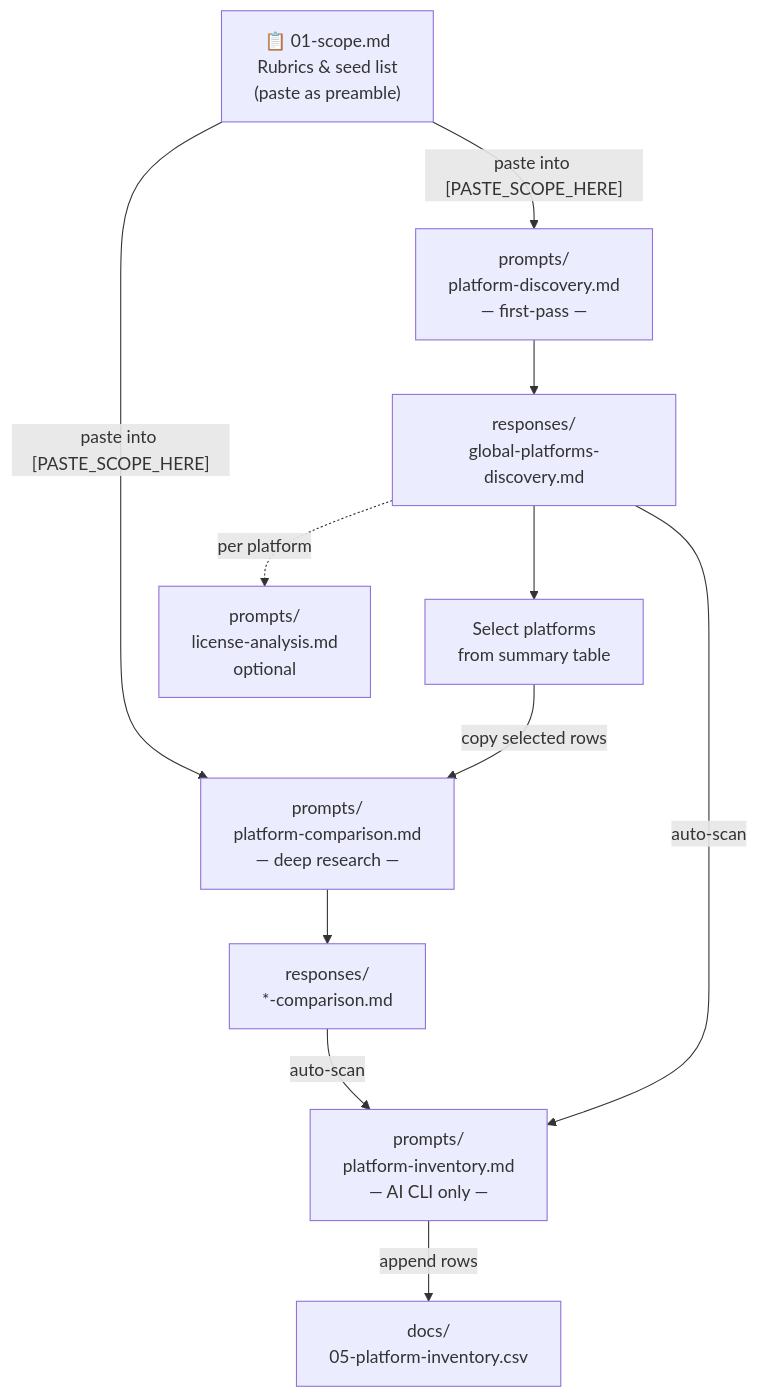
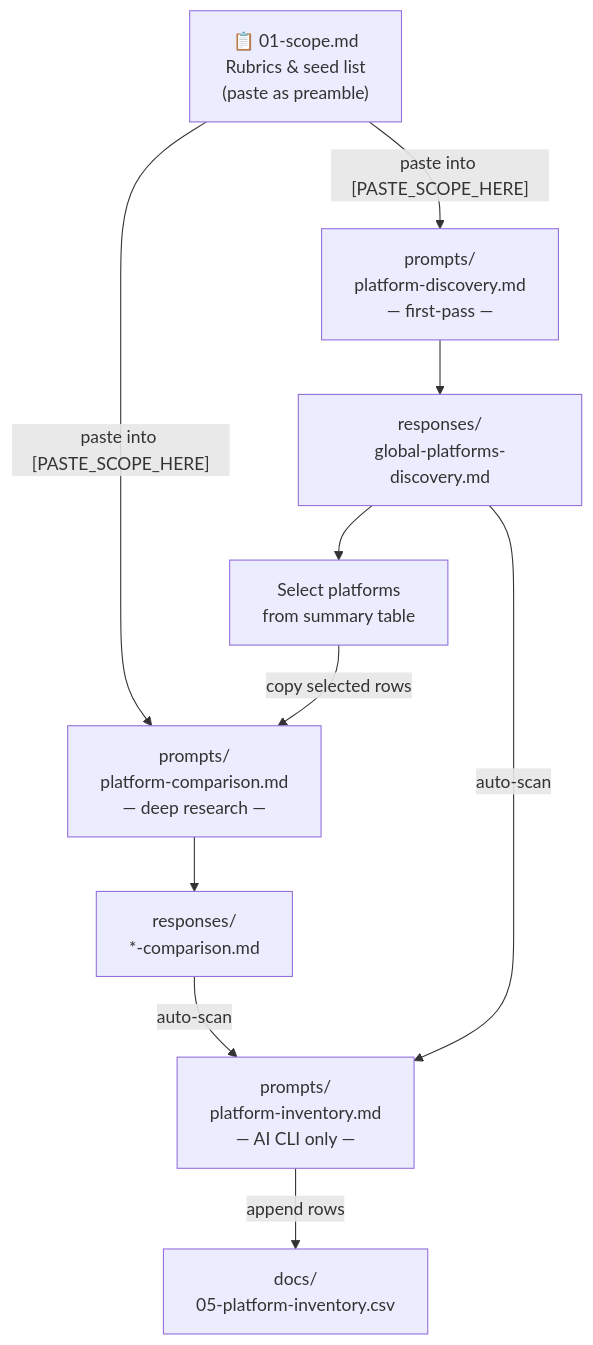
The diagram in docs/02-methodology.md (dtcc-platform/udt-platforms-mapping), drawn with Mermaid before and after one commit. The commit also changed other lines of this file and 9 other files, not shown here.

````diff
--- a/docs/02-methodology.md
+++ b/docs/02-methodology.md
@@ -30,24 +27,22 @@
 ```mermaid
 flowchart TD
     scope["📋 01-scope.md\nRubrics & seed list\n(paste as preamble)"]
 
     disc["prompts/\nplatform-discovery.md\n― first-pass ―"]
     dresp["responses/\nglobal-platforms-discovery.md"]
     select["Select platforms\nfrom summary table"]
     comp["prompts/\nplatform-comparison.md\n― deep research ―"]
     cresp["responses/\n*-comparison.md"]
     inv["prompts/\nplatform-inventory.md\n― AI CLI only ―"]
     table["docs/\n05-platform-inventory.csv"]
-    lic["prompts/\nlicense-analysis.md\noptional"]
 
     scope -->|"paste into [PASTE_SCOPE_HERE]"| disc
     scope -->|"paste into [PASTE_SCOPE_HERE]"| comp
     disc --> dresp
     dresp --> select
     select -->|"copy selected rows"| comp
     comp --> cresp
     cresp -->|"auto-scan"| inv
     dresp -->|"auto-scan"| inv
     inv -->|"append rows"| table
-    dresp -.->|"per platform"| lic
 ```
````
